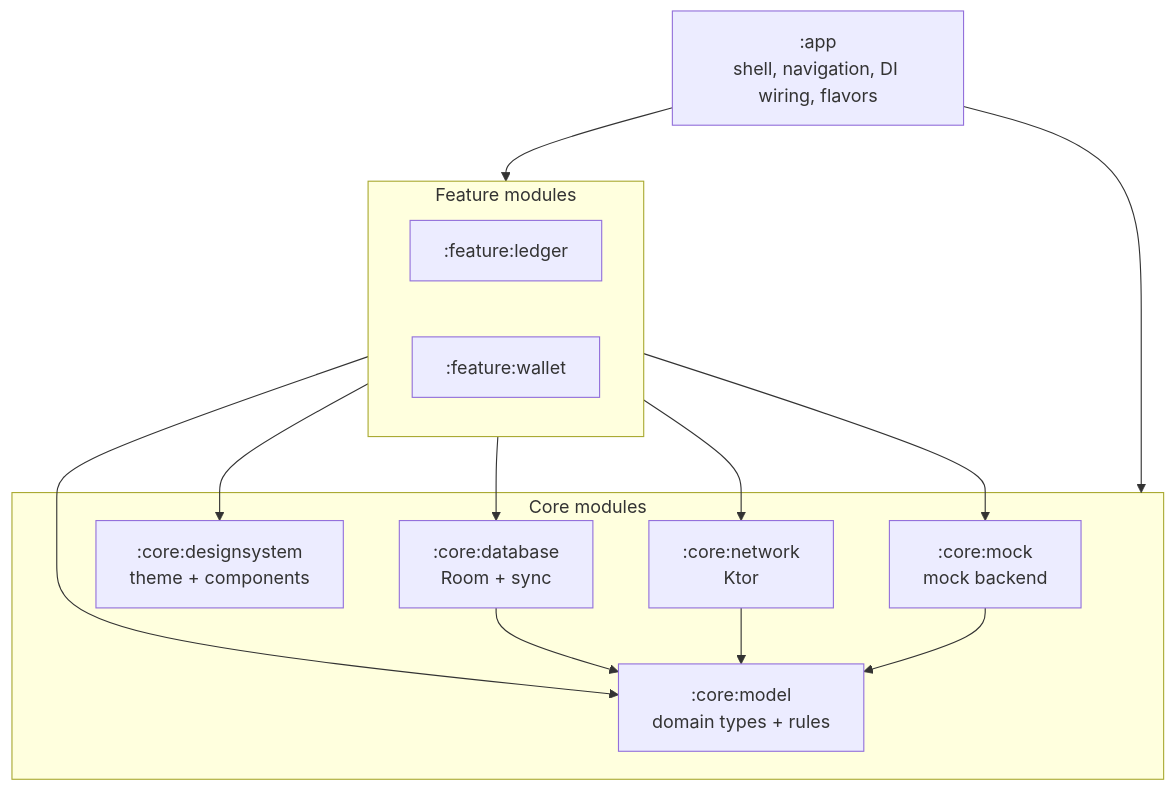
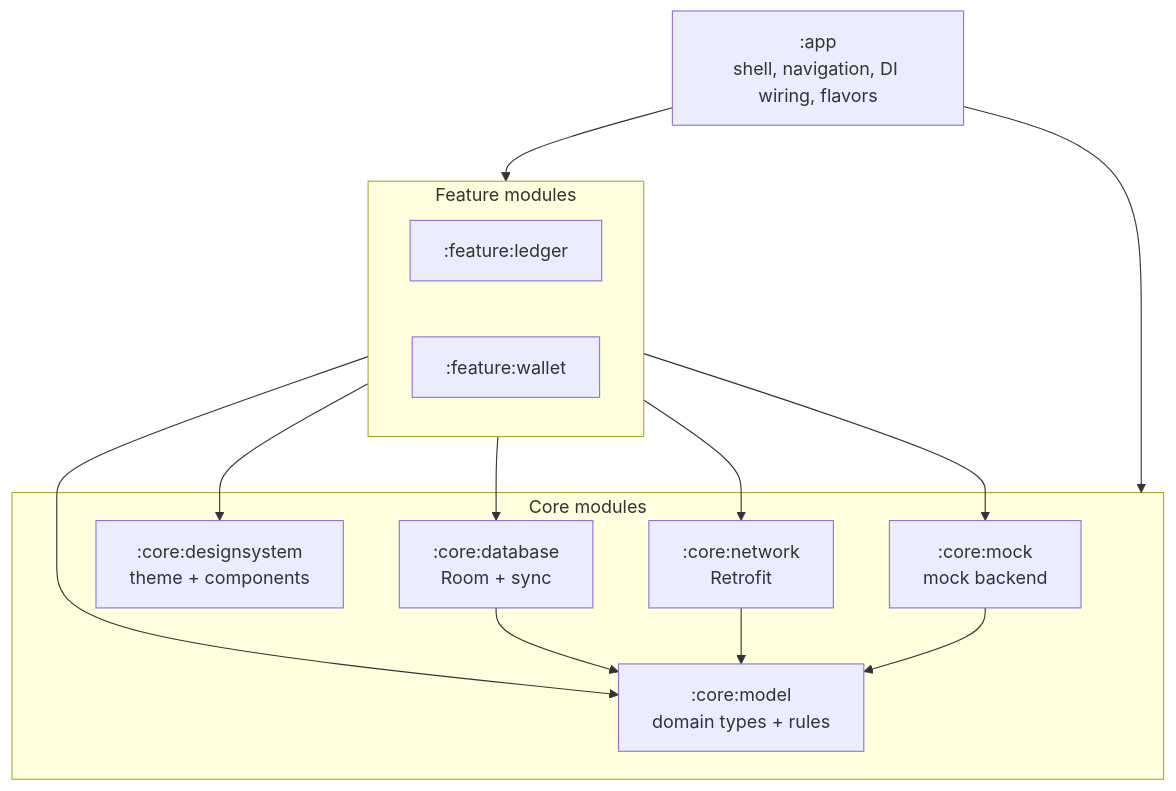
Before and after one commit to sourabhrustagi/Personal-ledger-android: the first of 2 diagrams in docs/ARCHITECTURE.md, drawn with Mermaid. The commit also changed other lines of this file, not shown here.

Commit message:
Update architecture documentation to replace Ktor with Retrofit

````diff
--- a/docs/ARCHITECTURE.md
+++ b/docs/ARCHITECTURE.md
@@ -9,25 +9,25 @@
 ```mermaid
 flowchart TD
     app[":app<br/>shell, navigation, DI wiring, flavors"]
     subgraph features [Feature modules]
         ledger[":feature:ledger"]
         wallet[":feature:wallet"]
     end
     subgraph core [Core modules]
         model[":core:model<br/>domain types + rules"]
         db[":core:database<br/>Room + sync"]
-        net[":core:network<br/>Ktor"]
+        net[":core:network<br/>Retrofit"]
         ds[":core:designsystem<br/>theme + components"]
         mock[":core:mock<br/>mock backend"]
     end
     app --> features
     app --> core
     features --> model
     features --> ds
     features --> db
     features --> net
     features --> mock
     db --> model
     net --> model
     mock --> model
 ```
````
